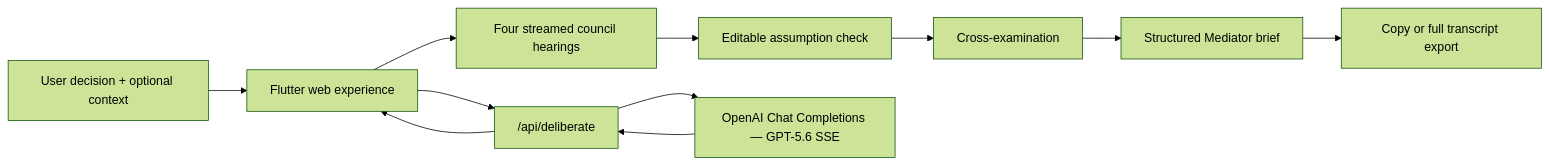
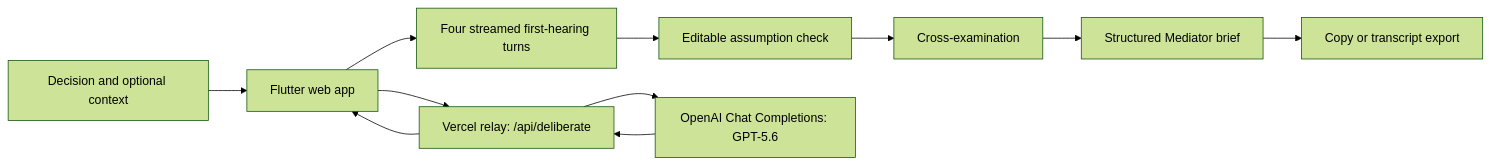
One commit to mjoisgreat/ai-diplomat changed the diagram in README.md. Above: the diagram before and after it, drawn with Mermaid (forest theme). The commit also changed other lines of this file, not shown here.

```diff
--- a/README.md
+++ b/README.md
@@ -55,13 +65,13 @@
 ~~~mermaid
 flowchart LR
-  U["User decision + optional context"] --> F["Flutter web experience"]
-  F --> A["Four streamed council hearings"]
-  A --> C["Editable assumption check"]
-  C --> X["Cross-examination"]
+  U["Decision and optional context"] --> F["Flutter web app"]
+  F --> H["Four streamed first-hearing turns"]
+  H --> A["Editable assumption check"]
+  A --> X["Cross-examination"]
   X --> M["Structured Mediator brief"]
-  M --> E["Copy or full transcript export"]
-  F --> R["/api/deliberate"]
-  R --> O["OpenAI Chat Completions — GPT-5.6 SSE"]
+  M --> E["Copy or transcript export"]
+  F --> R["Vercel relay: /api/deliberate"]
+  R --> O["OpenAI Chat Completions: GPT-5.6"]
   O --> R
   R --> F
 ~~~
```
